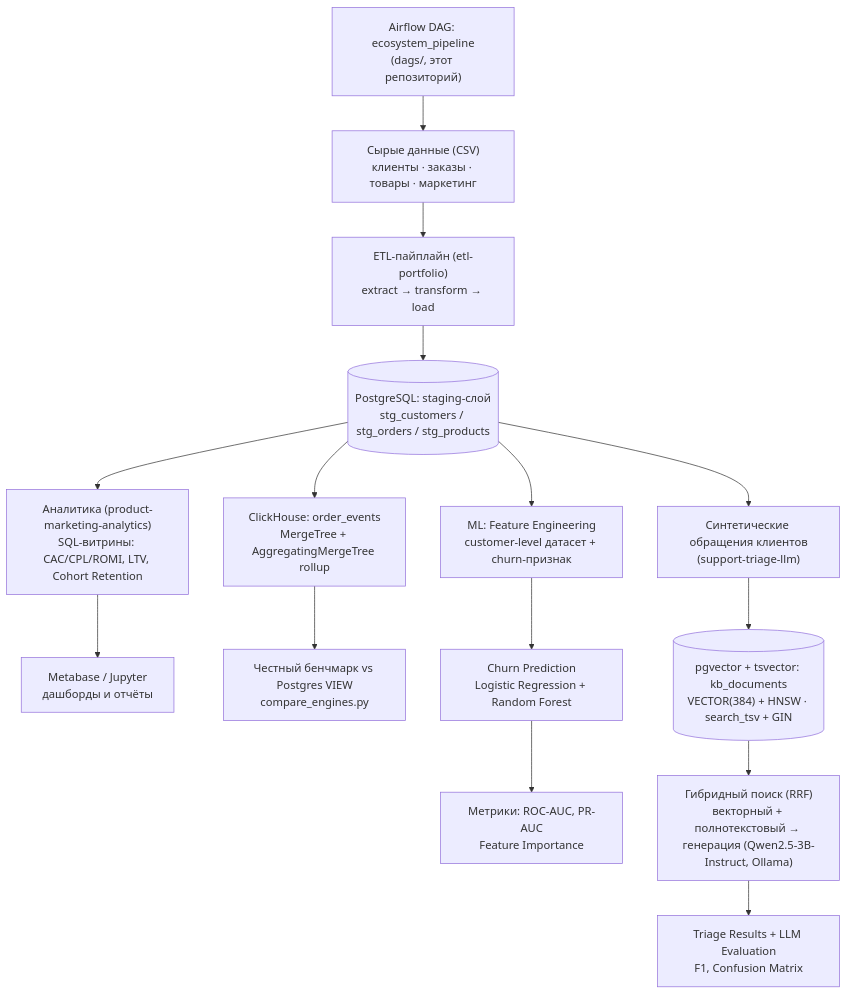
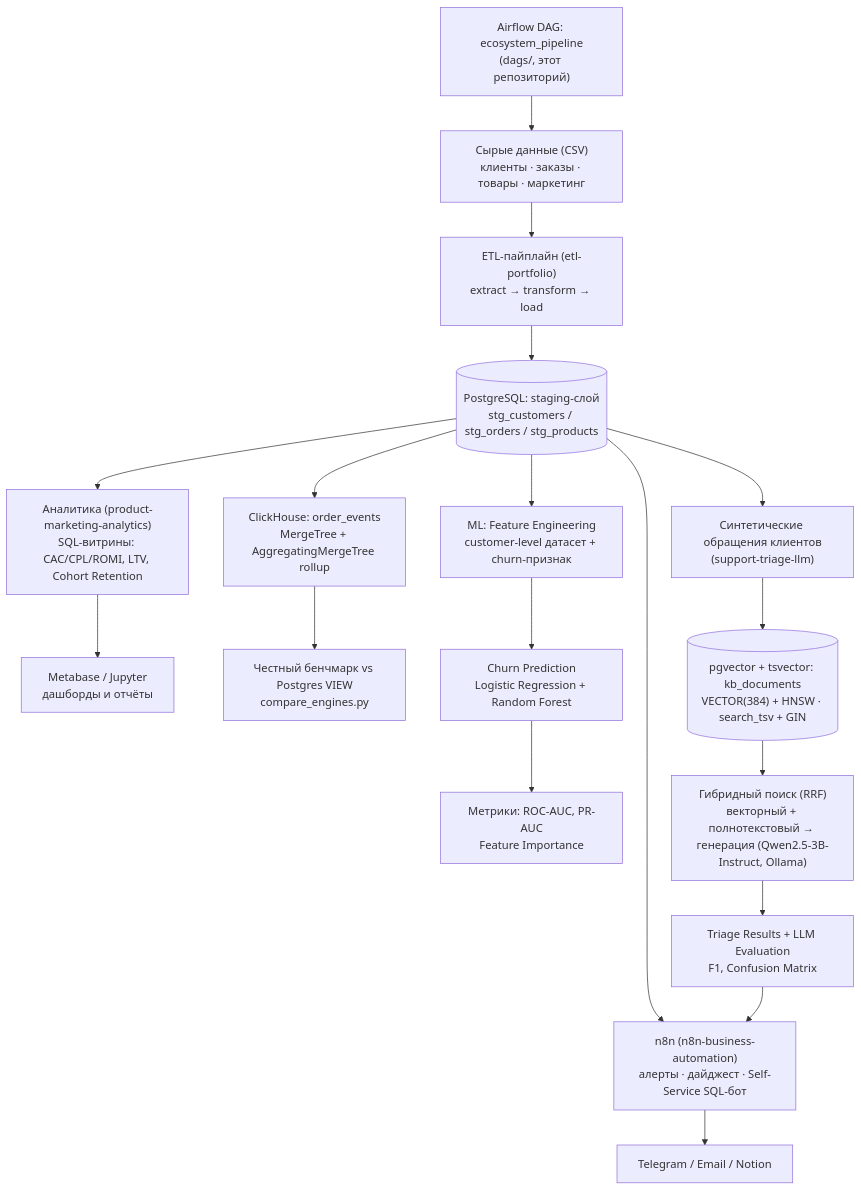
The diagram in README.md (exist-ty/Nikolay-Kolesnikov-Data-Engineering-Applied-ML-LLM-Portfolio-Hub), drawn with Mermaid before and after one commit. The commit also changed other lines of this file and 2 other files, not shown here.

First line of the commit message:
feat: связать DAG со всеми точками интеграции n8n-business-automation

````diff
--- a/README.md
+++ b/README.md
@@ -19,21 +19,25 @@
 ```mermaid
 graph TD
     Z["Airflow DAG: ecosystem_pipeline<br/>(dags/, этот репозиторий)"] --> A
     A["Сырые данные (CSV)<br/>клиенты · заказы · товары · маркетинг"] --> B["ETL-пайплайн (etl-portfolio)<br/>extract → transform → load"]
     B --> C[("PostgreSQL: staging-слой<br/>stg_customers / stg_orders / stg_products")]
 
     C --> D["Аналитика (product-marketing-analytics)<br/>SQL-витрины: CAC/CPL/ROMI, LTV, Cohort Retention"]
     C --> E["ML: Feature Engineering<br/>customer-level датасет + churn-признак"]
     C --> F["Синтетические обращения клиентов<br/>(support-triage-llm)"]
     C --> M["ClickHouse: order_events<br/>MergeTree + AggregatingMergeTree rollup"]
 
     D --> G["Metabase / Jupyter<br/>дашборды и отчёты"]
     M --> N["Честный бенчмарк vs Postgres VIEW<br/>compare_engines.py"]
 
     E --> H["Churn Prediction<br/>Logistic Regression + Random Forest"]
     H --> I["Метрики: ROC-AUC, PR-AUC<br/>Feature Importance"]
 
     F --> J[("pgvector + tsvector: kb_documents<br/>VECTOR(384) + HNSW · search_tsv + GIN")]
     J --> K["Гибридный поиск (RRF)<br/>векторный + полнотекстовый → генерация (Qwen2.5-3B-Instruct, Ollama)"]
     K --> L["Triage Results + LLM Evaluation<br/>F1, Confusion Matrix"]
+
+    C --> O["n8n (n8n-business-automation)<br/>алерты · дайджест · Self-Service SQL-бот"]
+    L --> O
+    O --> P["Telegram / Email / Notion"]
 ```
````
